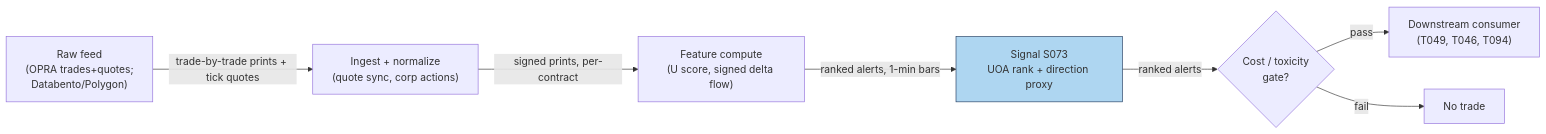
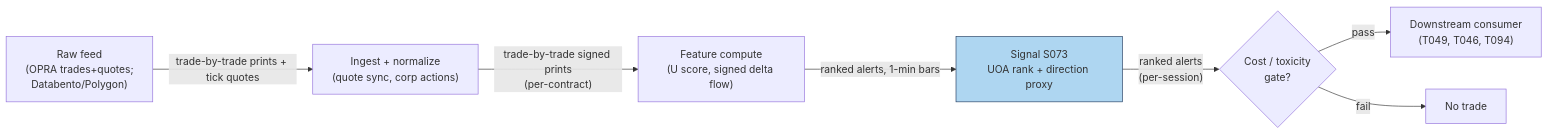
The diagram in batches/SB8/S073.md (praveenguptahcl/quant-signals-deep), drawn with Mermaid before and after one commit. The commit also changed other lines of this file and 49 other files, not shown here.

````diff
--- a/batches/SB8/S073.md
+++ b/batches/SB8/S073.md
@@ -165,10 +165,10 @@
 ```mermaid
 flowchart LR
     FEED["Raw feed<br/>(OPRA trades+quotes;<br/>Databento/Polygon)"] -->|trade-by-trade prints + tick quotes| ING["Ingest + normalize<br/>(quote sync, corp actions)"]
-    ING -->|signed prints, per-contract| FEAT["Feature compute<br/>(U score, signed delta flow)"]
+    ING -->|"trade-by-trade signed prints\n(per-contract)"| FEAT["Feature compute<br/>(U score, signed delta flow)"]
     FEAT -->|ranked alerts, 1-min bars| SIG["Signal S073<br/>UOA rank + direction proxy"]
-    SIG -->|ranked alerts| GATE{"Cost / toxicity<br/>gate?"}
+    SIG -->|"ranked alerts\n(per-session)"| GATE{"Cost / toxicity<br/>gate?"}
     GATE -->|pass| OUT["Downstream consumer<br/>(T049, T046, T094)"]
     GATE -->|fail| DROP["No trade"]
     style SIG fill:#aed6f1,stroke:#1f3a5f
 ```
````
